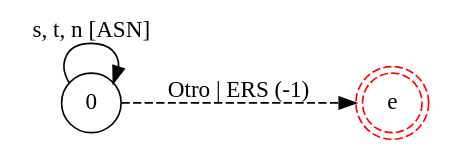
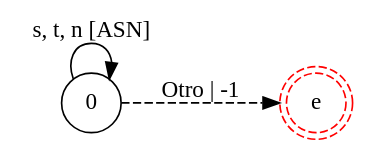
One commit to iroumec/RouVel-Compiler changed the diagram in resources/diagrams/graphs/discard.dot. Above: the diagram before and after it, drawn with Graphviz. The commit also changed 15 other files, not shown here.

```diff
--- a/resources/diagrams/graphs/discard.dot
+++ b/resources/diagrams/graphs/discard.dot
@@ -1,8 +1,8 @@
 digraph DFA {
     rankdir = LR;
     node [shape = circle;];
     eG [shape = doublecircle;style = dashed;color = red;label = "e";];
     
     0 -> 0 [label = "s, t, n [ASN]";];
-    0 -> eG [label = "Otro | ERS (-1)"; style = dashed;];
+    0 -> eG [label = "Otro | -1"; style = dashed;];
 }
```
